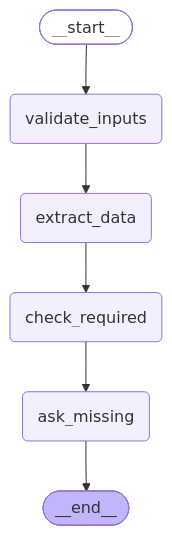
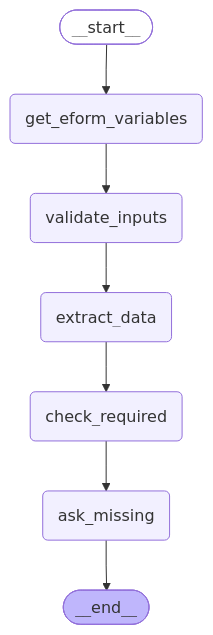
One commit to abushoaib99/langgraph_python changed the diagram in form_fillup/form_fillup.mmd. Above: the diagram before and after it, drawn with Mermaid. The commit also changed 5 other files, not shown here.

```diff
--- a/form_fillup/form_fillup.mmd
+++ b/form_fillup/form_fillup.mmd
@@ -1,20 +1,22 @@
 ---
 config:
   flowchart:
     curve: linear
 ---
 graph TD;
 	__start__([<p>__start__</p>]):::first
+	get_eform_variables(get_eform_variables)
 	validate_inputs(validate_inputs)
 	extract_data(extract_data)
 	check_required(check_required)
 	ask_missing(ask_missing)
 	__end__([<p>__end__</p>]):::last
-	__start__ --> validate_inputs;
+	__start__ --> get_eform_variables;
 	check_required --> ask_missing;
 	extract_data --> check_required;
+	get_eform_variables --> validate_inputs;
 	validate_inputs --> extract_data;
 	ask_missing --> __end__;
 	classDef default fill:#f2f0ff,line-height:1.2
 	classDef first fill-opacity:0
 	classDef last fill:#bfb6fc
```
